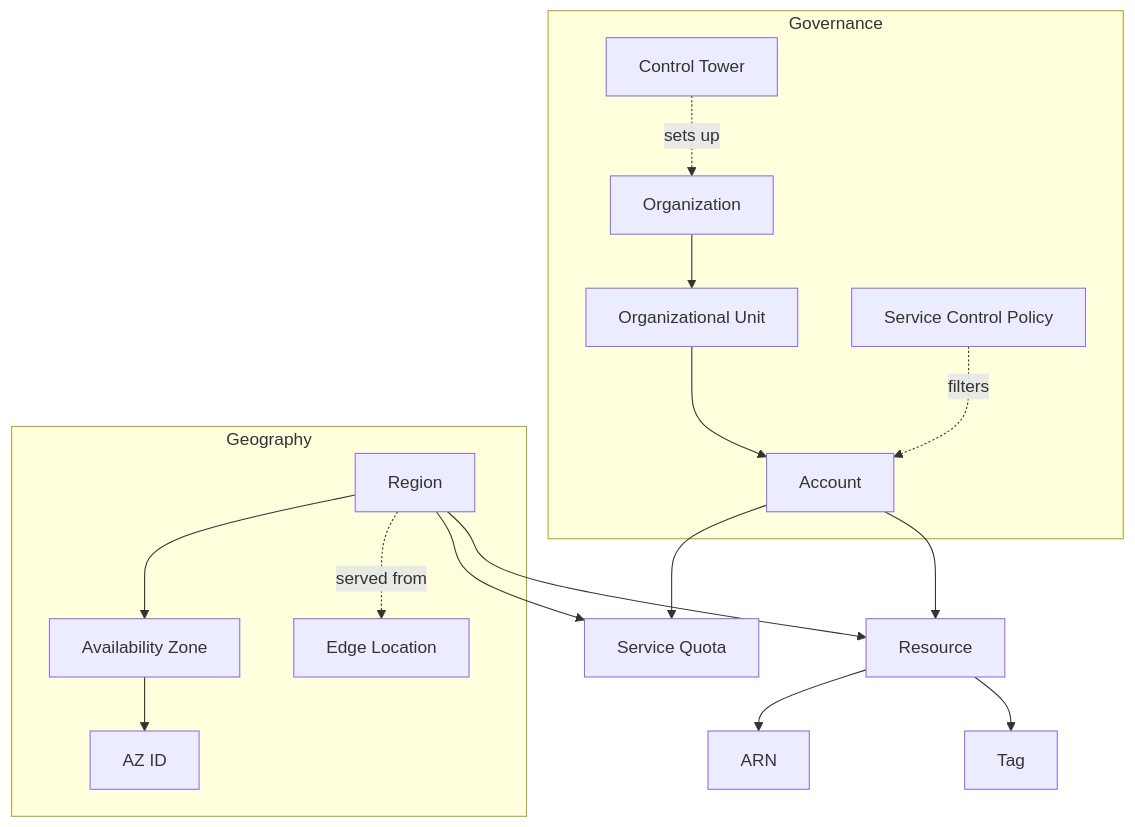
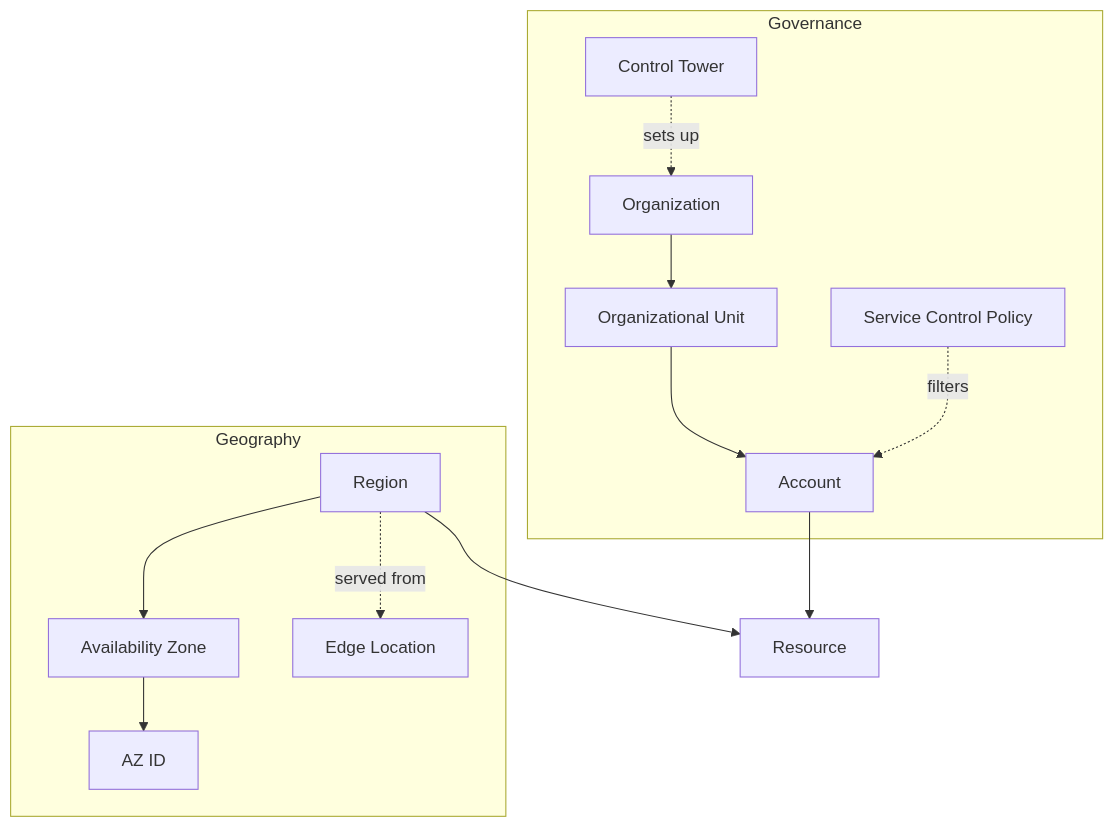
The first of 15 diagrams in docs/07-cloud-aws/03-aws-core-concepts.md (arrmagazin/engx), drawn with Mermaid before and after one commit. The commit also changed other lines of this file and 2 other files, not shown here.

````diff
--- a/docs/07-cloud-aws/03-aws-core-concepts.md
+++ b/docs/07-cloud-aws/03-aws-core-concepts.md
@@ -14,20 +14,16 @@
 ```mermaid
 flowchart TD
   subgraph Governance
     Org[Organization] --> OU[Organizational Unit]
     OU --> Acct[Account]
     SCP[Service Control Policy] -. filters .-> Acct
     CT[Control Tower] -. sets up .-> Org
   end
   subgraph Geography
     Region --> AZ[Availability Zone]
     AZ --> AZID[AZ ID]
     Region -. served from .-> Edge[Edge Location]
   end
   Acct --> Resource
   Region --> Resource
-  Resource --> ARN
-  Resource --> Tag
-  Acct --> Quota[Service Quota]
-  Region --> Quota
 ```
````
